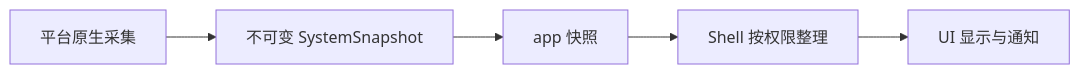
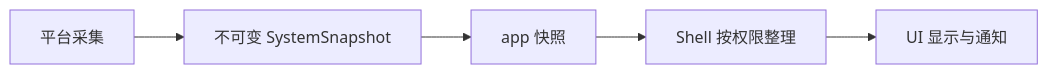
The diagram in crates/system-services/README.md (peixuanthomas/TundraUX3), drawn with Mermaid before and after one commit. The commit also changed other lines of this file and 12 other files, not shown here.

````diff
--- a/crates/system-services/README.md
+++ b/crates/system-services/README.md
@@ -12,7 +12,7 @@
 ```mermaid
 flowchart LR
-    Platform[平台原生采集] --> Snapshot[不可变 SystemSnapshot]
+    Platform[平台采集] --> Snapshot[不可变 SystemSnapshot]
     Snapshot --> App[app 快照]
     App --> Shell[Shell 按权限整理]
     Shell --> UI[UI 显示与通知]
 ```
````
